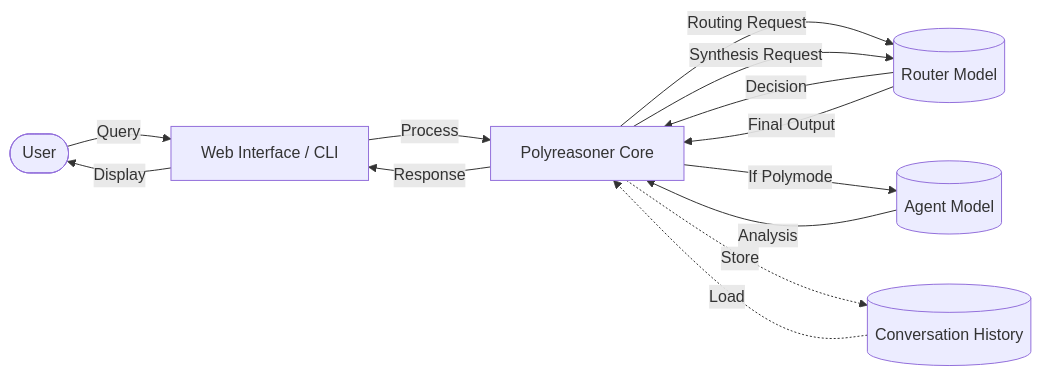
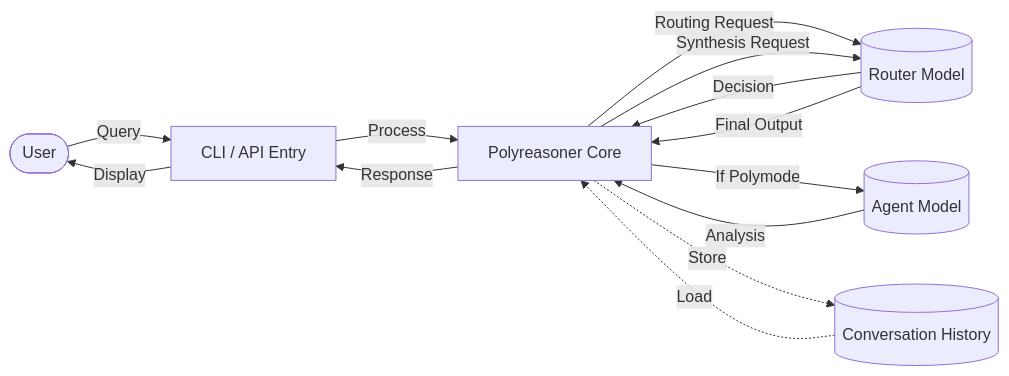
The second of 2 diagrams in WORKFLOW.md (m4vic/polyreasoner), drawn with Mermaid before and after one commit. The commit also changed other lines of this file and 29 other files, not shown here.

Commit message:
Refocus Polyreasoner as CLI decision engine and harden release

````diff
--- a/WORKFLOW.md
+++ b/WORKFLOW.md
@@ -31,20 +31,20 @@
 ```mermaid
 graph LR
-    User([User]) -->|Query| WebUI[Web Interface / CLI]
-    WebUI -->|Process| Poly[Polyreasoner Core]
+    User([User]) -->|Query| Entry[CLI / API Entry]
+    Entry -->|Process| Poly[Polyreasoner Core]
     
     Poly -->|Routing Request| RouterModel[(Router Model)]
     RouterModel -->|Decision| Poly
     
     Poly -->|If Polymode| AgentModel[(Agent Model)]
     AgentModel -->|Analysis| Poly
     
     Poly -->|Synthesis Request| RouterModel
     RouterModel -->|Final Output| Poly
     
-    Poly -->|Response| WebUI
-    WebUI -->|Display| User
+    Poly -->|Response| Entry
+    Entry -->|Display| User
     
     Poly -.->|Store| History[(Conversation History)]
     History -.->|Load| Poly
 ```
````
